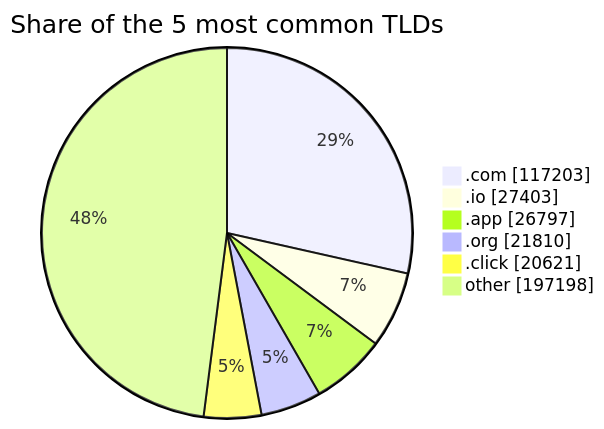
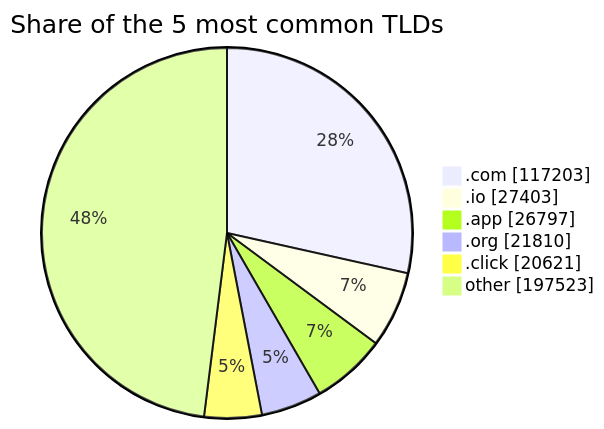
The third of 3 diagrams in README.md (DNSBunker/CTI), drawn with Mermaid before and after one commit. The commit also changed other lines of this file and 3 other files, not shown here.

````diff
--- a/README.md
+++ b/README.md
@@ -81,9 +81,9 @@
 ```mermaid
 pie showData title Share of the 5 most common TLDs
     ".com" : 117203
     ".io" : 27403
     ".app" : 26797
     ".org" : 21810
     ".click" : 20621
-    "other" : 197198
+    "other" : 197523
 ```
````
